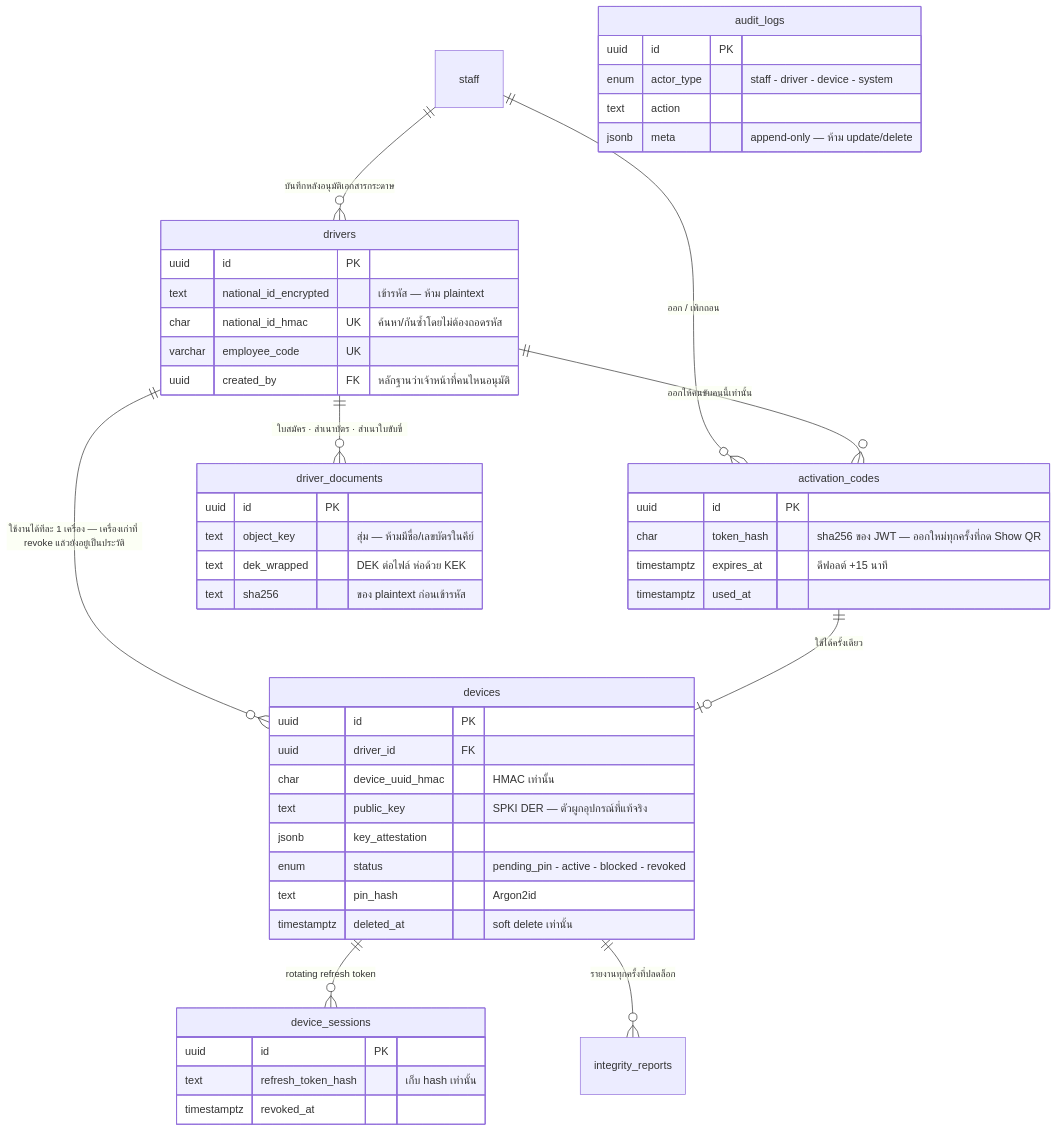
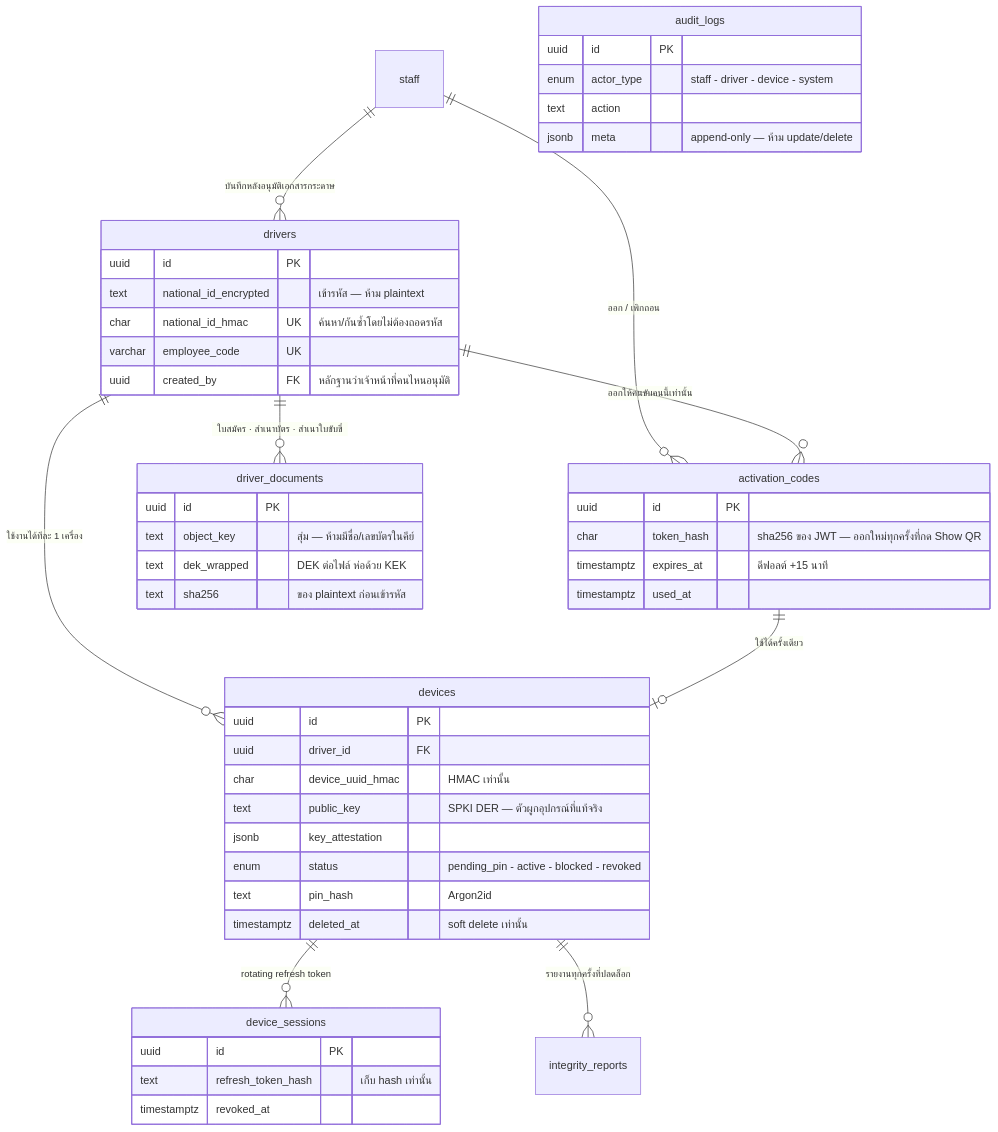
Before and after one commit to burachai-x/mvp_mobile_sec1: the second of 3 diagrams in docs/architecture.md, drawn with Mermaid. The commit also changed other lines of this file, not shown here.

First line of the commit message:
docs: shorten the crowded label in the data model diagram

````diff
--- a/docs/architecture.md
+++ b/docs/architecture.md
@@ -351,52 +351,52 @@
 ```mermaid
 erDiagram
     staff ||--o{ drivers : "บันทึกหลังอนุมัติเอกสารกระดาษ"
     staff ||--o{ activation_codes : "ออก / เพิกถอน"
     drivers ||--o{ driver_documents : "ใบสมัคร · สำเนาบัตร · สำเนาใบขับขี่"
     drivers ||--o{ activation_codes : "ออกให้คนขับคนนี้เท่านั้น"
-    drivers ||--o{ devices : "ใช้งานได้ทีละ 1 เครื่อง — เครื่องเก่าที่ revoke แล้วยังอยู่เป็นประวัติ"
+    drivers ||--o{ devices : "ใช้งานได้ทีละ 1 เครื่อง"
     activation_codes ||--o| devices : "ใช้ได้ครั้งเดียว"
     devices ||--o{ device_sessions : "rotating refresh token"
     devices ||--o{ integrity_reports : "รายงานทุกครั้งที่ปลดล็อก"
 
     drivers {
         uuid id PK
         text national_id_encrypted "เข้ารหัส — ห้าม plaintext"
         char national_id_hmac UK "ค้นหา/กันซ้ำโดยไม่ต้องถอดรหัส"
         varchar employee_code UK
         uuid created_by FK "หลักฐานว่าเจ้าหน้าที่คนไหนอนุมัติ"
     }
     driver_documents {
         uuid id PK
         text object_key "สุ่ม — ห้ามมีชื่อ/เลขบัตรในคีย์"
         text dek_wrapped "DEK ต่อไฟล์ ห่อด้วย KEK"
         text sha256 "ของ plaintext ก่อนเข้ารหัส"
     }
     devices {
         uuid id PK
         uuid driver_id FK
         char device_uuid_hmac "HMAC เท่านั้น"
         text public_key "SPKI DER — ตัวผูกอุปกรณ์ที่แท้จริง"
         jsonb key_attestation
         enum status "pending_pin - active - blocked - revoked"
         text pin_hash "Argon2id"
         timestamptz deleted_at "soft delete เท่านั้น"
     }
     device_sessions {
         uuid id PK
         text refresh_token_hash "เก็บ hash เท่านั้น"
         timestamptz revoked_at
     }
     activation_codes {
         uuid id PK
         char token_hash "sha256 ของ JWT — ออกใหม่ทุกครั้งที่กด Show QR"
         timestamptz expires_at "ดีฟอลต์ +15 นาที"
         timestamptz used_at
     }
     audit_logs {
         uuid id PK
         enum actor_type "staff - driver - device - system"
         text action
         jsonb meta "append-only — ห้าม update/delete"
     }
 ```
````
